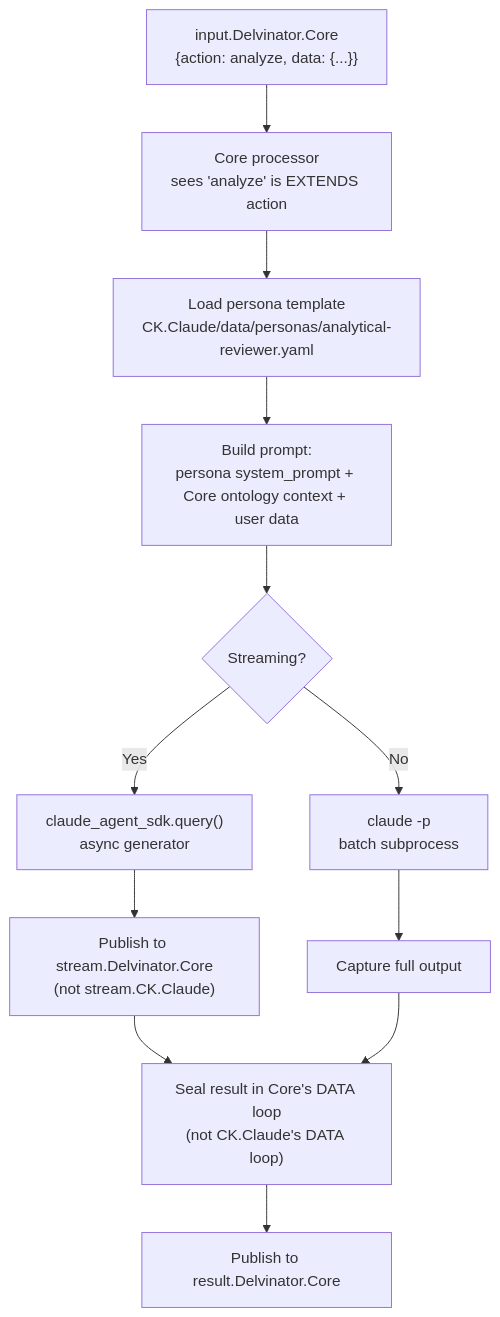
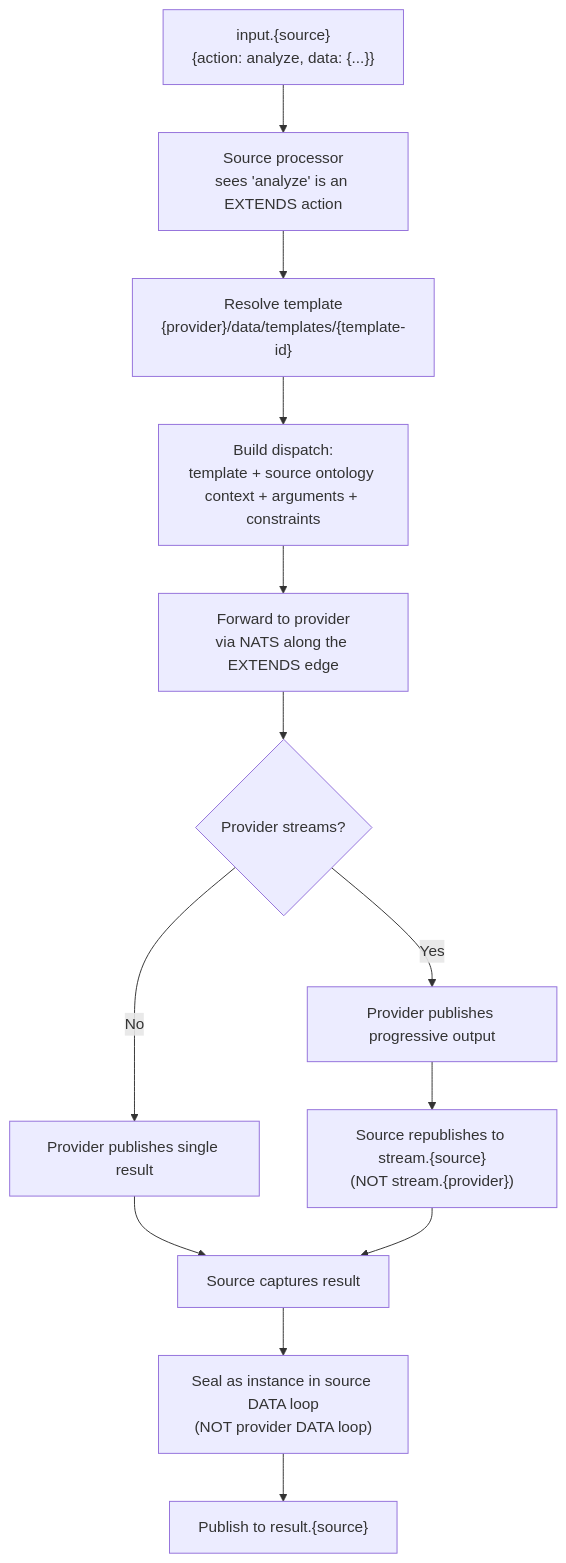
Before and after one commit to ConceptKernel/conceptkernel.github.io: the diagram in docs/v3.7/extends.md, drawn with Mermaid. The commit also changed other lines of this file and 20 other files, not shown here.

````diff
--- a/docs/v3.7/extends.md
+++ b/docs/v3.7/extends.md
@@ -247,14 +132,15 @@
 ```mermaid
 graph TD
-    A["input.Delvinator.Core<br/>{action: analyze, data: {...}}"] --> B["Core processor<br/>sees 'analyze' is EXTENDS action"]
-    B --> C["Load persona template<br/>CK.Claude/data/personas/analytical-reviewer.yaml"]
-    C --> D["Build prompt:<br/>persona system_prompt + Core ontology context + user data"]
-    D --> E{"Streaming?"}
-    E -->|Yes| F["claude_agent_sdk.query()<br/>async generator"]
-    E -->|No| G["claude -p<br/>batch subprocess"]
-    F --> H["Publish to stream.Delvinator.Core<br/>(not stream.CK.Claude)"]
-    G --> I["Capture full output"]
-    H --> J["Seal result in Core's DATA loop<br/>(not CK.Claude's DATA loop)"]
+    A["input.{source}<br/>{action: analyze, data: {...}}"] --> B["Source processor<br/>sees 'analyze' is an EXTENDS action"]
+    B --> C["Resolve template<br/>{provider}/data/templates/{template-id}"]
+    C --> D["Build dispatch:<br/>template + source ontology context + arguments + constraints"]
+    D --> E["Forward to provider<br/>via NATS along the EXTENDS edge"]
+    E --> F{"Provider streams?"}
+    F -->|Yes| G["Provider publishes progressive output"]
+    F -->|No| H["Provider publishes single result"]
+    G --> I["Source republishes to stream.{source}<br/>(NOT stream.{provider})"]
+    H --> J["Source captures result"]
     I --> J
-    J --> K["Publish to result.Delvinator.Core"]
+    J --> K["Seal as instance in source DATA loop<br/>(NOT provider DATA loop)"]
+    K --> L["Publish to result.{source}"]
 ```
````
